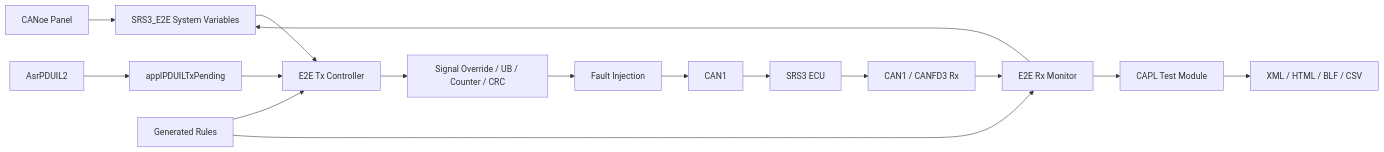
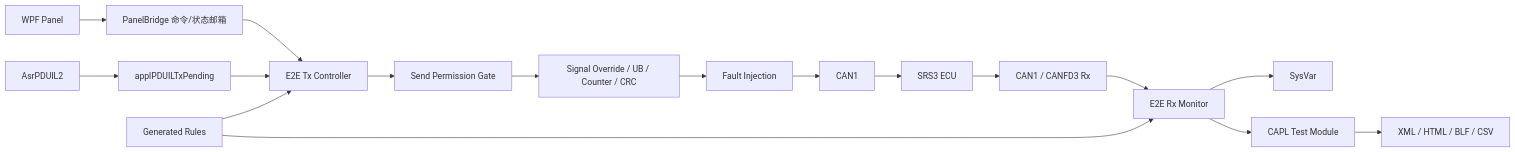
Before and after one commit to wuzeyu1204/GEEA3.5_SRS3_CANoe12.0: the first of 2 diagrams in Docs/E2E_Engineering_Design.md, drawn with Mermaid. The commit also changed other lines of this file and 49 other files, not shown here.

Commit message:
feat: establish CANoe E2E Tx/Rx panel baseline

````diff
--- a/Docs/E2E_Engineering_Design.md
+++ b/Docs/E2E_Engineering_Design.md
@@ -54,18 +55,19 @@
 ```mermaid
 flowchart LR
-    Panel["CANoe Panel"] --> SysVar["SRS3_E2E System Variables"]
-    SysVar --> TxCtrl["E2E Tx Controller"]
+    Panel["WPF Panel"] --> Bridge["PanelBridge 命令/状态邮箱"]
+    Bridge --> TxCtrl["E2E Tx Controller"]
     PduIl["AsrPDUIL2"] --> Hook["applPDUILTxPending"]
     Rules["Generated Rules"] --> TxCtrl
     Hook --> TxCtrl
-    TxCtrl --> Protect["Signal Override / UB / Counter / CRC"]
+    TxCtrl --> Gate["Send Permission Gate"]
+    Gate --> Protect["Signal Override / UB / Counter / CRC"]
     Protect --> Fault["Fault Injection"]
     Fault --> CAN1["CAN1"]
     CAN1 --> SRS["SRS3 ECU"]
     SRS --> Rx["CAN1 / CANFD3 Rx"]
     Rx --> Monitor["E2E Rx Monitor"]
     Rules --> Monitor
     Monitor --> SysVar
     Monitor --> Tests["CAPL Test Module"]
     Tests --> Reports["XML / HTML / BLF / CSV"]
 ```
````
